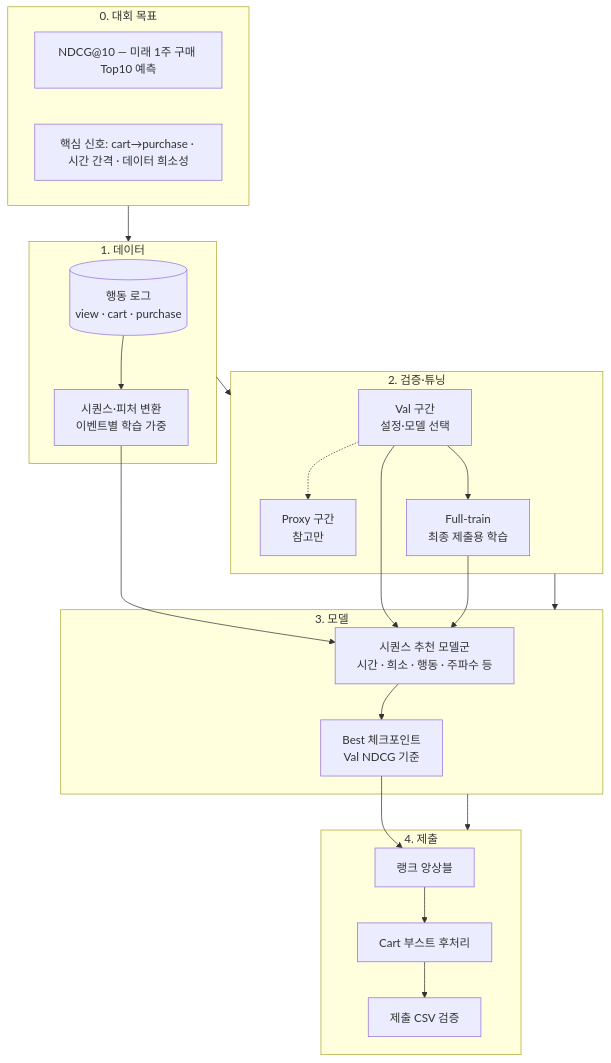
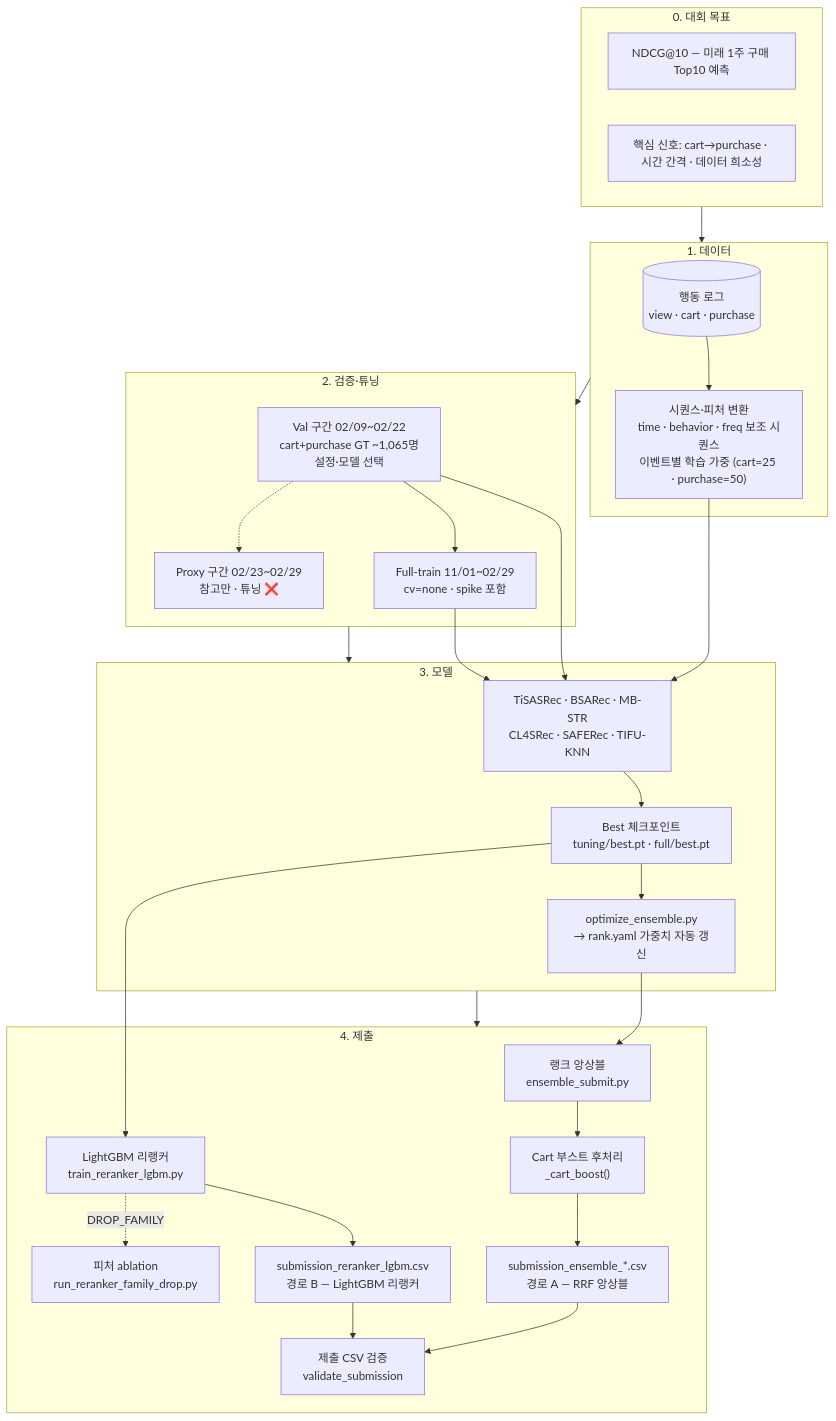
The diagram in docs/PLAN.md (WanYoung-Oh/recsys), drawn with Mermaid before and after one commit. The commit also changed other lines of this file and 5 other files, not shown here.

Commit message:
feat: reranker lgbm 프로세스 추가

````diff
--- a/docs/PLAN.md
+++ b/docs/PLAN.md
@@ -347,39 +359,51 @@
 ```mermaid
 flowchart TB
   subgraph goal ["0. 대회 목표"]
     metric["NDCG@10 — 미래 1주 구매 Top10 예측"]
     insight["핵심 신호: cart→purchase · 시간 간격 · 데이터 희소성"]
   end
 
   subgraph data ["1. 데이터"]
     raw[("행동 로그<br/>view · cart · purchase")]
-    feat["시퀀스·피처 변환<br/>이벤트별 학습 가중"]
+    feat["시퀀스·피처 변환<br/>time · behavior · freq 보조 시퀀스<br/>이벤트별 학습 가중 (cart=25 · purchase=50)"]
     raw --> feat
   end
 
   subgraph cv ["2. 검증·튜닝"]
-    val["Val 구간<br/>설정·모델 선택"]
-    ref["Proxy 구간<br/>참고만"]
-    prod["Full-train<br/>최종 제출용 학습"]
+    val["Val 구간 02/09~02/22<br/>cart+purchase GT ~1,065명<br/>설정·모델 선택"]
+    ref["Proxy 구간 02/23~02/29<br/>참고만 · 튜닝 ❌"]
+    prod["Full-train 11/01~02/29<br/>cv=none · spike 포함"]
     val -.-> ref
     val --> prod
   end
 
   subgraph train ["3. 모델"]
-    pool["시퀀스 추천 모델군<br/>시간 · 희소 · 행동 · 주파수 등"]
-    best["Best 체크포인트<br/>Val NDCG 기준"]
+    pool["TiSASRec · BSARec · MB-STR<br/>CL4SRec · SAFERec · TIFU-KNN"]
+    best["Best 체크포인트<br/>tuning/best.pt · full/best.pt"]
+    optw["optimize_ensemble.py<br/>→ rank.yaml 가중치 자동 갱신"]
     feat --> pool
     val --> pool
     prod --> pool
     pool --> best
+    best --> optw
   end
 
   subgraph out ["4. 제출"]
-    ens["랭크 앙상블"]
-    post["Cart 부스트 후처리"]
-    sub["제출 CSV 검증"]
-    best --> ens --> post --> sub
+    ens["랭크 앙상블<br/>ensemble_submit.py"]
+    post["Cart 부스트 후처리<br/>_cart_boost()"]
+    lgbm["LightGBM 리랭커<br/>train_reranker_lgbm.py"]
+    abl["피처 ablation<br/>run_reranker_family_drop.py"]
+    subA["submission_ensemble_*.csv<br/>경로 A — RRF 앙상블"]
+    subB["submission_reranker_lgbm.csv<br/>경로 B — LightGBM 리랭커"]
+    valid["제출 CSV 검증<br/>validate_submission"]
+    optw --> ens
+    best --> lgbm
+    ens --> post --> subA
+    lgbm --> subB
+    lgbm -.->|DROP_FAMILY| abl
+    subA --> valid
+    subB --> valid
   end
 
   goal --> data --> cv --> train --> out
 ```
````
